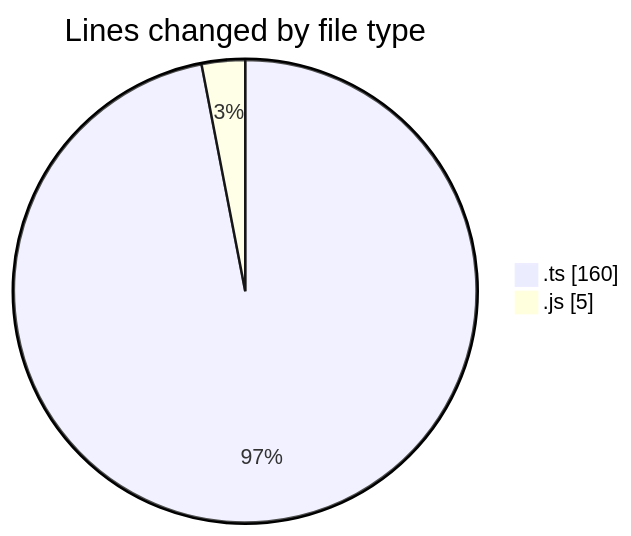
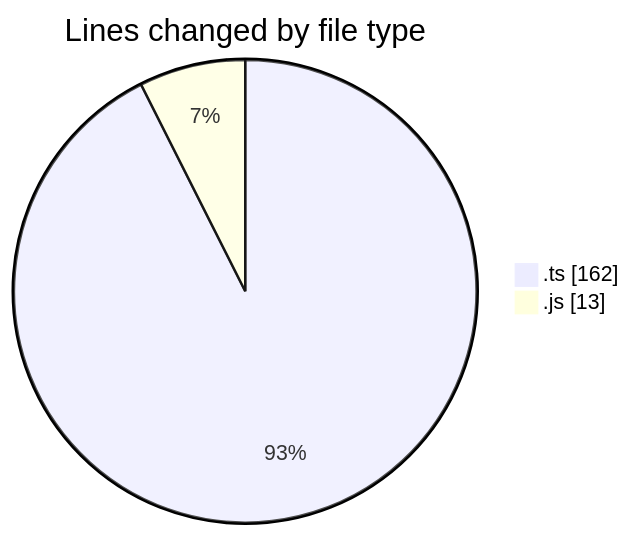
One commit to momahboobian/code-tracking changed the first of 2 diagrams in 2025-03-12/cda/README.md. Above: the diagram before and after it, drawn with Mermaid. The commit also changed other lines of this file and 1 other file, not shown here.

````diff
--- a/2025-03-12/cda/README.md
+++ b/2025-03-12/cda/README.md
@@ -23,6 +23,6 @@
 ```mermaid
 pie showData
 title Lines changed by file type
-".ts" : 160
-".js" : 5
+".ts" : 162
+".js" : 13
 ```
````
